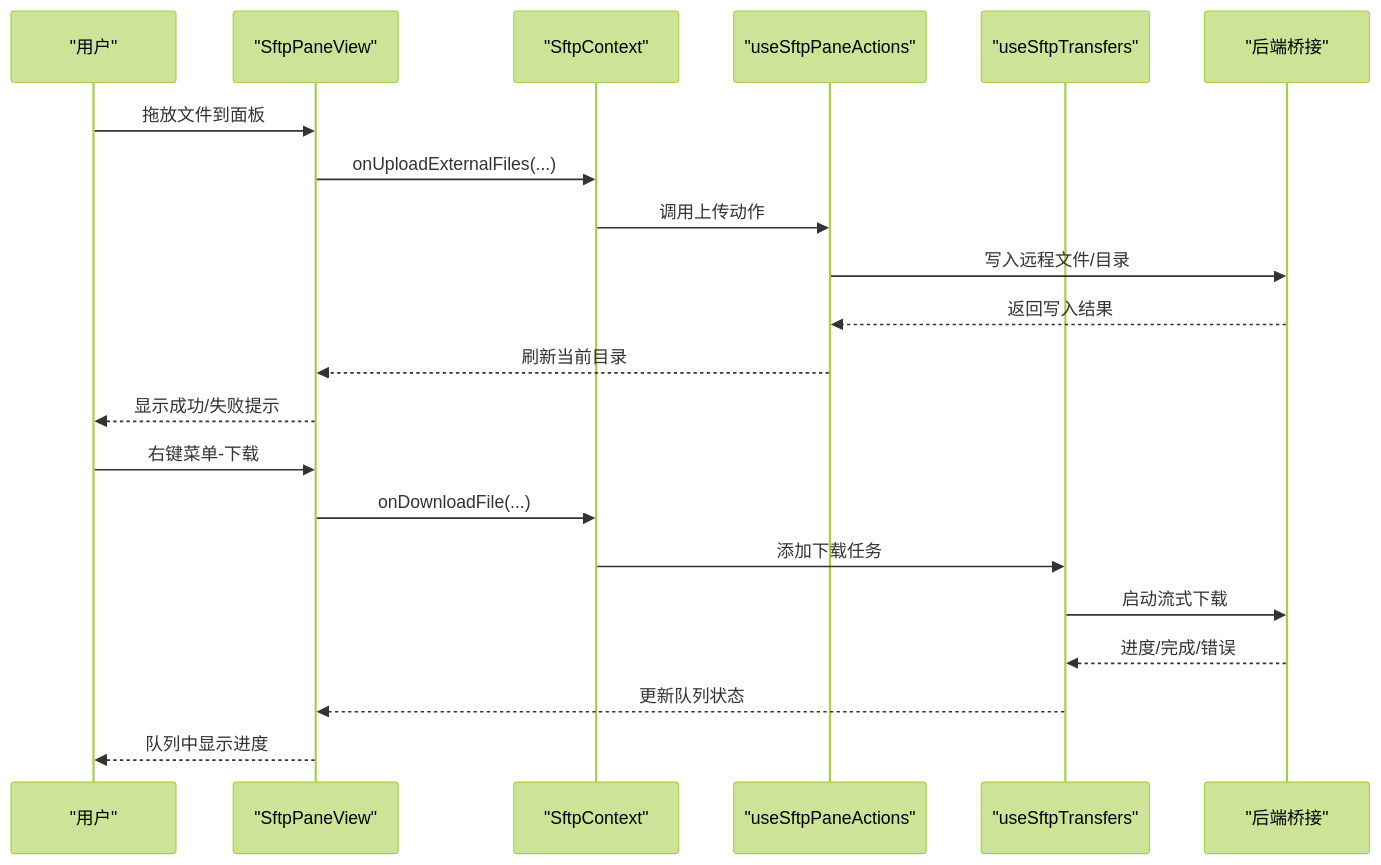
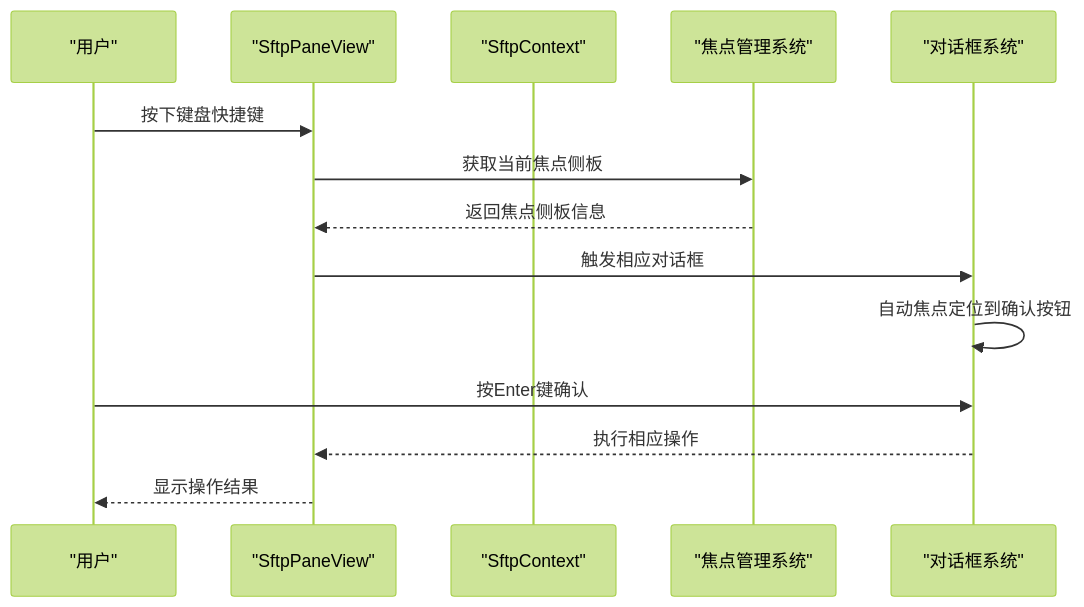
The second of 12 diagrams in .qoder/repowiki/zh/content/用户指南/SFTP文件传输/SFTP文件传输.md (szeiyou/Netcatty), drawn with Mermaid (forest theme) before and after one commit. The commit also changed other lines of this file and 6 other files, not shown here.

````diff
--- a/.qoder/repowiki/zh/content/用户指南/SFTP文件传输/SFTP文件传输.md
+++ b/.qoder/repowiki/zh/content/用户指南/SFTP文件传输/SFTP文件传输.md
@@ -95,23 +126,16 @@
 ```mermaid
 sequenceDiagram
 participant U as "用户"
 participant V as "SftpPaneView"
 participant C as "SftpContext"
-participant S as "useSftpPaneActions"
-participant T as "useSftpTransfers"
-participant B as "后端桥接"
-U->>V : 拖放文件到面板
-V->>C : onUploadExternalFiles(...)
-C->>S : 调用上传动作
-S->>B : 写入远程文件/目录
-B-->>S : 返回写入结果
-S-->>V : 刷新当前目录
-V-->>U : 显示成功/失败提示
-U->>V : 右键菜单-下载
-V->>C : onDownloadFile(...)
-C->>T : 添加下载任务
-T->>B : 启动流式下载
-B-->>T : 进度/完成/错误
-T-->>V : 更新队列状态
-V-->>U : 队列中显示进度
+participant F as "焦点管理系统"
+participant D as "对话框系统"
+U->>V : 按下键盘快捷键
+V->>F : 获取当前焦点侧板
+F-->>V : 返回焦点侧板信息
+V->>D : 触发相应对话框
+D->>D : 自动焦点定位到确认按钮
+U->>D : 按Enter键确认
+D-->>V : 执行相应操作
+V-->>U : 显示操作结果
 ```
````
